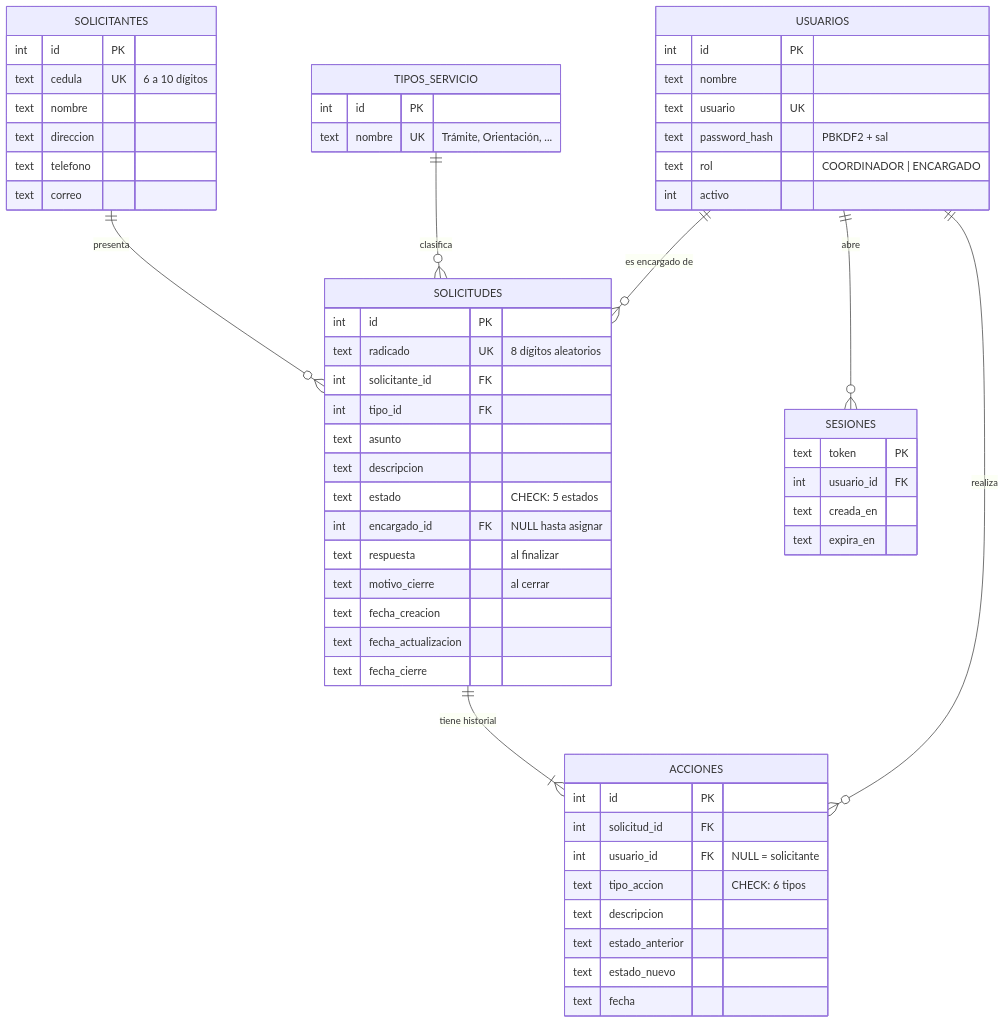
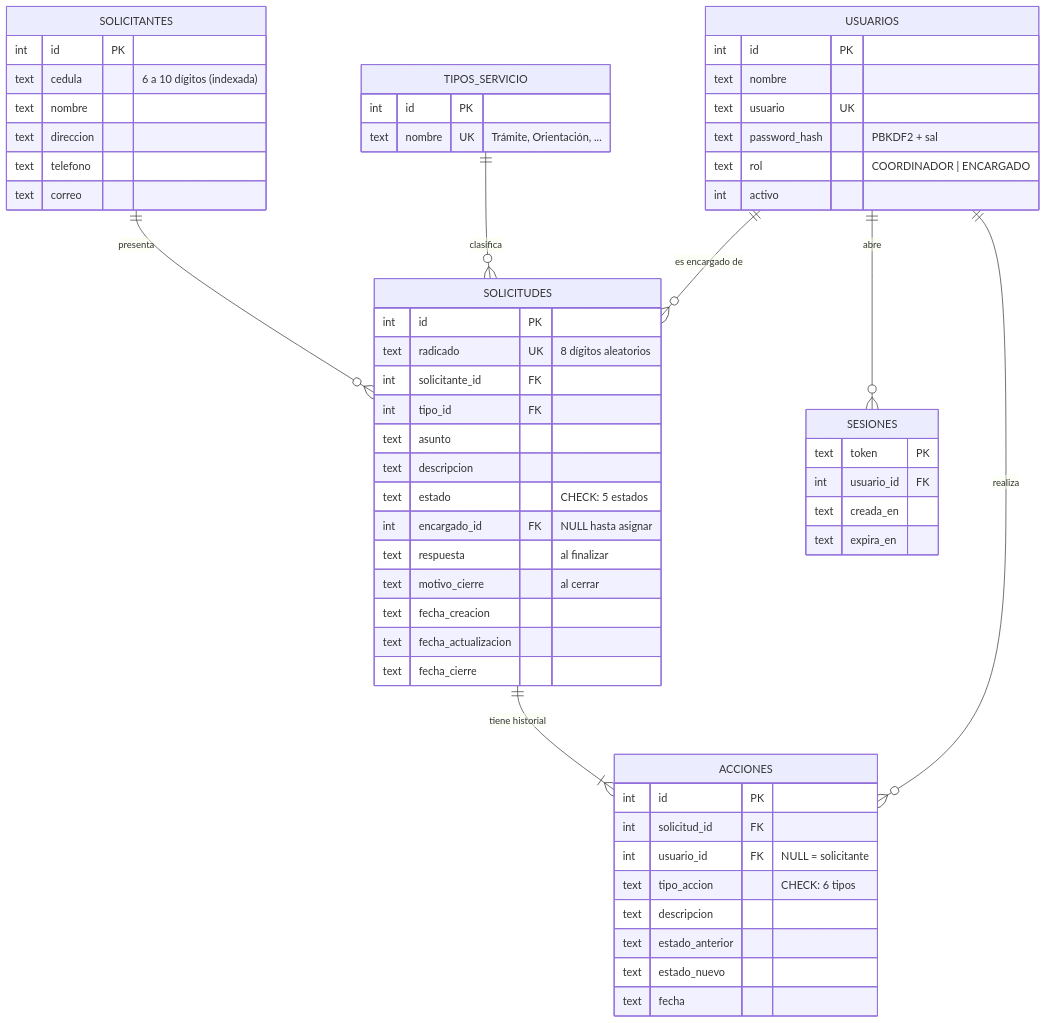
One commit to mauricioj97/gestion-solicitudes-servicio changed the second of 4 diagrams in docs/diseno.md. Above: the diagram before and after it, drawn with Mermaid. The commit also changed other lines of this file, not shown here.

````diff
--- a/docs/diseno.md
+++ b/docs/diseno.md
@@ -99,61 +99,61 @@
 ```mermaid
 erDiagram
     SOLICITANTES ||--o{ SOLICITUDES : "presenta"
     TIPOS_SERVICIO ||--o{ SOLICITUDES : "clasifica"
     USUARIOS ||--o{ SOLICITUDES : "es encargado de"
     SOLICITUDES ||--|{ ACCIONES : "tiene historial"
     USUARIOS ||--o{ ACCIONES : "realiza"
     USUARIOS ||--o{ SESIONES : "abre"
 
     SOLICITANTES {
         int id PK
-        text cedula UK "6 a 10 dígitos"
+        text cedula "6 a 10 dígitos (indexada)"
         text nombre
         text direccion
         text telefono
         text correo
     }
     TIPOS_SERVICIO {
         int id PK
         text nombre UK "Trámite, Orientación, ..."
     }
     SOLICITUDES {
         int id PK
         text radicado UK "8 dígitos aleatorios"
         int solicitante_id FK
         int tipo_id FK
         text asunto
         text descripcion
         text estado "CHECK: 5 estados"
         int encargado_id FK "NULL hasta asignar"
         text respuesta "al finalizar"
         text motivo_cierre "al cerrar"
         text fecha_creacion
         text fecha_actualizacion
         text fecha_cierre
     }
     ACCIONES {
         int id PK
         int solicitud_id FK
         int usuario_id FK "NULL = solicitante"
         text tipo_accion "CHECK: 6 tipos"
         text descripcion
         text estado_anterior
         text estado_nuevo
         text fecha
     }
     USUARIOS {
         int id PK
         text nombre
         text usuario UK
         text password_hash "PBKDF2 + sal"
         text rol "COORDINADOR | ENCARGADO"
         int activo
     }
     SESIONES {
         text token PK
         int usuario_id FK
         text creada_en
         text expira_en
     }
 ```
````
